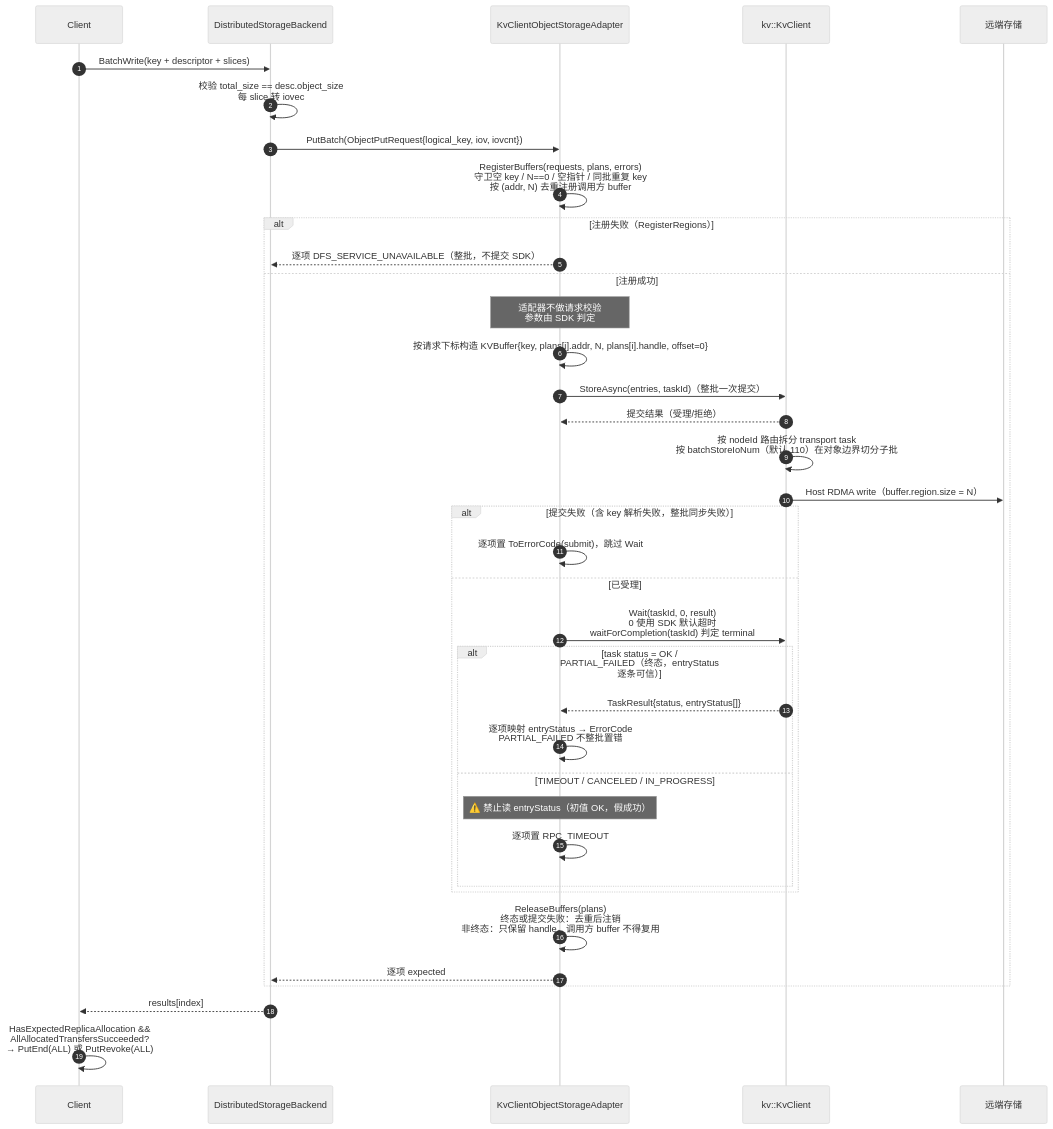
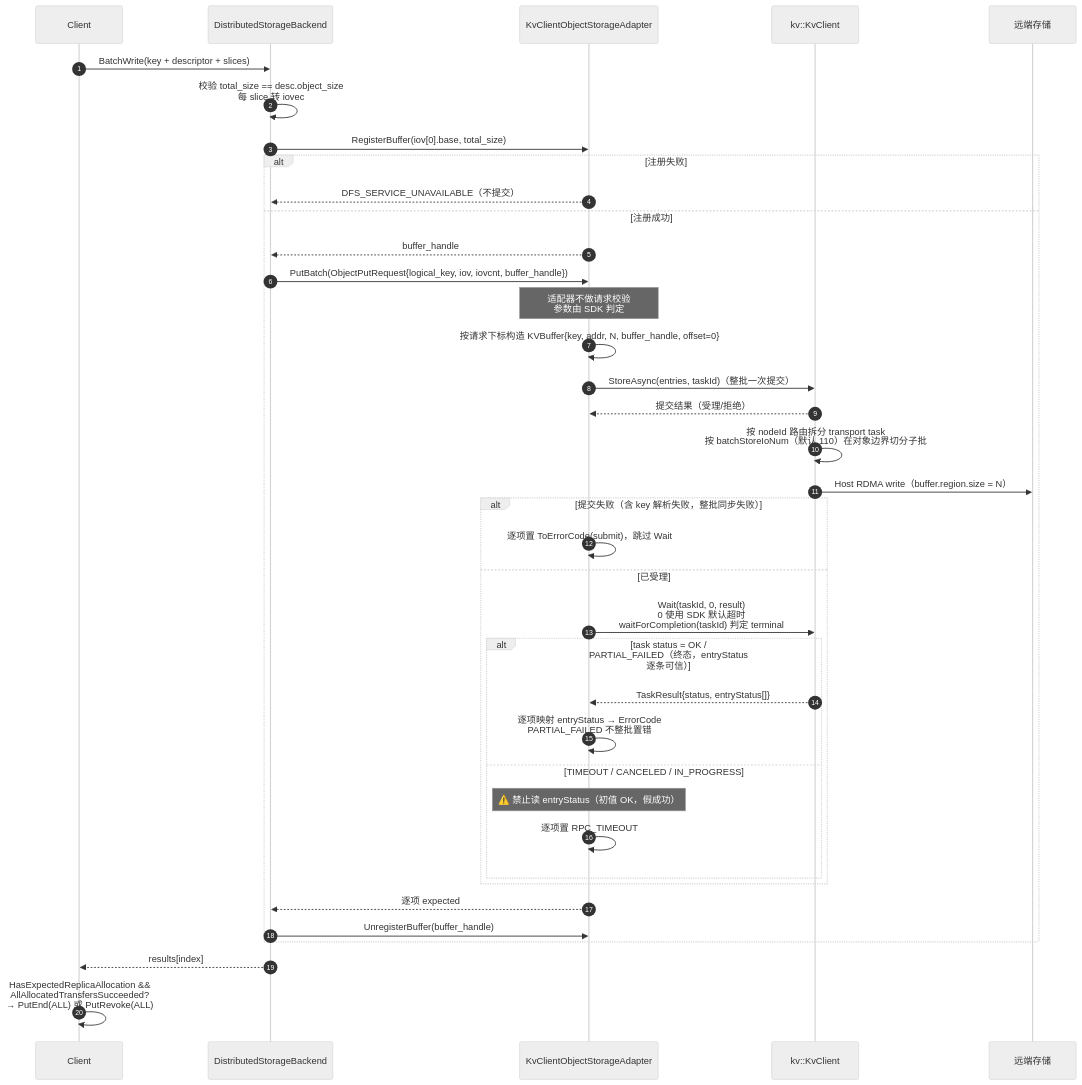
One commit to zwj20000328-dotcom/Mooncake-documents changed the ninth of 13 diagrams in Mooncake + KVClient L3 接入（Kvcs）- v3.md. Above: the diagram before and after it, drawn with Mermaid (neutral theme). The commit also changed other lines of this file and 2 other files, not shown here.

First line of the commit message:
docs: move kvclient buffer registration to caller-owned handles

````diff
--- a/Mooncake + KVClient L3 接入（Kvcs）- v3.md
+++ b/Mooncake + KVClient L3 接入（Kvcs）- v3.md
@@ -599,40 +603,41 @@
 ```mermaid
 sequenceDiagram
     autonumber
     participant C as Client
     participant BE as DistributedStorageBackend
     participant AD as KvClientObjectStorageAdapter
     participant SDK as kv::KvClient
     participant S as 远端存储
 
     C->>BE: BatchWrite(key + descriptor + slices)
     BE->>BE: 校验 total_size == desc.object_size<br/>每 slice 转 iovec
-    BE->>AD: PutBatch(ObjectPutRequest{logical_key, iov, iovcnt})
-    AD->>AD: RegisterBuffers(requests, plans, errors)<br/>守卫空 key / N==0 / 空指针 / 同批重复 key<br/>按 (addr, N) 去重注册调用方 buffer
-    alt 注册失败（RegisterRegions）
-        AD-->>BE: 逐项 DFS_SERVICE_UNAVAILABLE（整批，不提交 SDK）
+    BE->>AD: RegisterBuffer(iov[0].base, total_size)
+    alt 注册失败
+        AD-->>BE: DFS_SERVICE_UNAVAILABLE（不提交）
     else 注册成功
+        AD-->>BE: buffer_handle
+        BE->>AD: PutBatch(ObjectPutRequest{logical_key, iov, iovcnt, buffer_handle})
         Note over AD: 适配器不做请求校验<br/>参数由 SDK 判定
-        AD->>AD: 按请求下标构造 KVBuffer{key, plans[i].addr, N, plans[i].handle, offset=0}
+        AD->>AD: 按请求下标构造 KVBuffer{key, addr, N, buffer_handle, offset=0}
         AD->>SDK: StoreAsync(entries, taskId)（整批一次提交）
         SDK-->>AD: 提交结果（受理/拒绝）
         SDK->>SDK: 按 nodeId 路由拆分 transport task<br/>按 batchStoreIoNum（默认 110）在对象边界切分子批
         SDK->>S: Host RDMA write（buffer.region.size = N）
         alt 提交失败（含 key 解析失败，整批同步失败）
             AD->>AD: 逐项置 ToErrorCode(submit)，跳过 Wait
         else 已受理
             AD->>SDK: Wait(taskId, 0, result)<br/>0 使用 SDK 默认超时<br/>waitForCompletion(taskId) 判定 terminal
             alt task status = OK / PARTIAL_FAILED（终态，entryStatus 逐条可信）
                 SDK-->>AD: TaskResult{status, entryStatus[]}
                 AD->>AD: 逐项映射 entryStatus → ErrorCode<br/>PARTIAL_FAILED 不整批置错
             else TIMEOUT / CANCELED / IN_PROGRESS
                 Note over AD: ⚠️ 禁止读 entryStatus（初值 OK，假成功）
                 AD->>AD: 逐项置 RPC_TIMEOUT
             end
         end
-        AD->>AD: ReleaseBuffers(plans)<br/>终态或提交失败：去重后注销<br/>非终态：只保留 handle，调用方 buffer 不得复用
         AD-->>BE: 逐项 expected
+        BE->>AD: UnregisterBuffer(buffer_handle)
     end
     BE-->>C: results[index]
     C->>C: HasExpectedReplicaAllocation &&<br/>AllAllocatedTransfersSucceeded?<br/>→ PutEnd(ALL) 或 PutRevoke(ALL)
 ```
````
